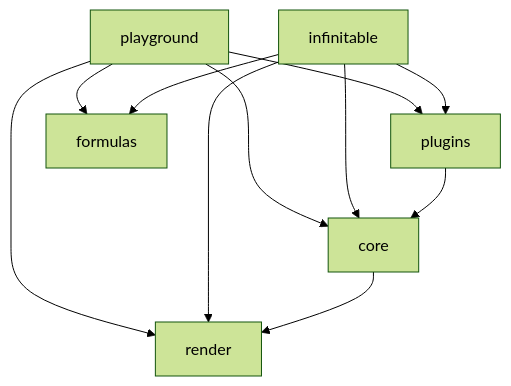
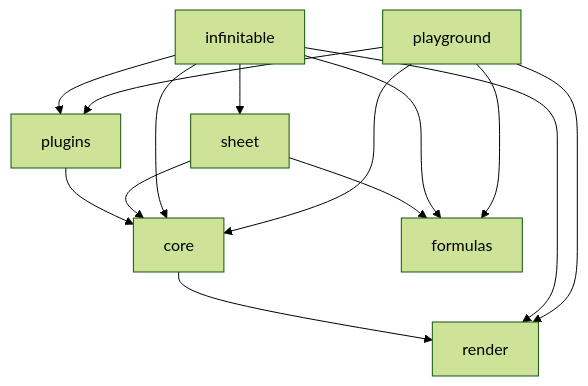
Before and after one commit to cabinet-fe/infinite-table: the diagram in .agents/docs/CODE-MAP.md, drawn with Mermaid (forest theme). The commit also changed other lines of this file and 4 other files, not shown here.

````diff
--- a/.agents/docs/CODE-MAP.md
+++ b/.agents/docs/CODE-MAP.md
@@ -69,13 +74,16 @@
 ```mermaid
 graph TD
     core --> render
     plugins --> core
+    sheet --> core
+    sheet --> formulas
     infinitable --> render
     infinitable --> core
     infinitable --> formulas
     infinitable --> plugins
+    infinitable --> sheet
     playground --> core
     playground --> render
     playground --> plugins
     playground --> formulas
 ```
````
